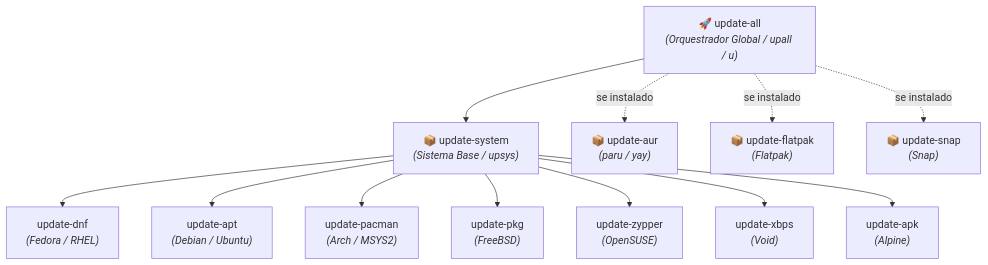
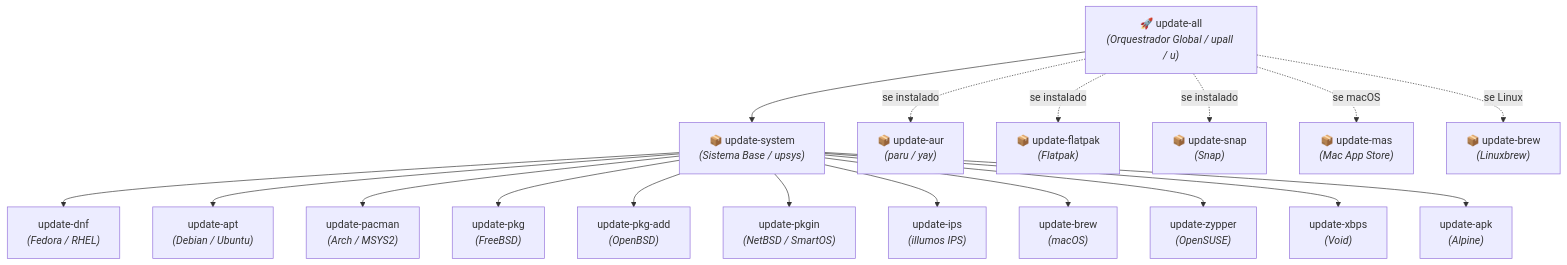
Before and after one commit to GabrielFrigo4/shell: the diagram in docs/ALIASES.md, drawn with Mermaid. The commit also changed other lines of this file and 7 other files, not shown here.

````diff
--- a/docs/ALIASES.md
+++ b/docs/ALIASES.md
@@ -50,18 +50,24 @@
 ```mermaid
 flowchart TD
     UPALL["🚀 update-all<br/><i>(Orquestrador Global / upall / u)</i>"]
     UPSYS["📦 update-system<br/><i>(Sistema Base / upsys)</i>"]
 
     UPALL --> UPSYS
     UPALL -.->|se instalado| AUR["📦 update-aur<br/><i>(paru / yay)</i>"]
     UPALL -.->|se instalado| FLAT["📦 update-flatpak<br/><i>(Flatpak)</i>"]
     UPALL -.->|se instalado| SNAP["📦 update-snap<br/><i>(Snap)</i>"]
+    UPALL -.->|se macOS| MAS["📦 update-mas<br/><i>(Mac App Store)</i>"]
+    UPALL -.->|se Linux| LBR["📦 update-brew<br/><i>(Linuxbrew)</i>"]
 
     UPSYS --> DNF["update-dnf<br/><i>(Fedora / RHEL)</i>"]
     UPSYS --> APT["update-apt<br/><i>(Debian / Ubuntu)</i>"]
     UPSYS --> MAN["update-pacman<br/><i>(Arch / MSYS2)</i>"]
     UPSYS --> PKG["update-pkg<br/><i>(FreeBSD)</i>"]
+    UPSYS --> ADD["update-pkg-add<br/><i>(OpenBSD)</i>"]
+    UPSYS --> IN["update-pkgin<br/><i>(NetBSD / SmartOS)</i>"]
+    UPSYS --> IPS["update-ips<br/><i>(illumos IPS)</i>"]
+    UPSYS --> BREW["update-brew<br/><i>(macOS)</i>"]
     UPSYS --> ZYP["update-zypper<br/><i>(OpenSUSE)</i>"]
     UPSYS --> XBPS["update-xbps<br/><i>(Void)</i>"]
     UPSYS --> APK["update-apk<br/><i>(Alpine)</i>"]
 ```
````
